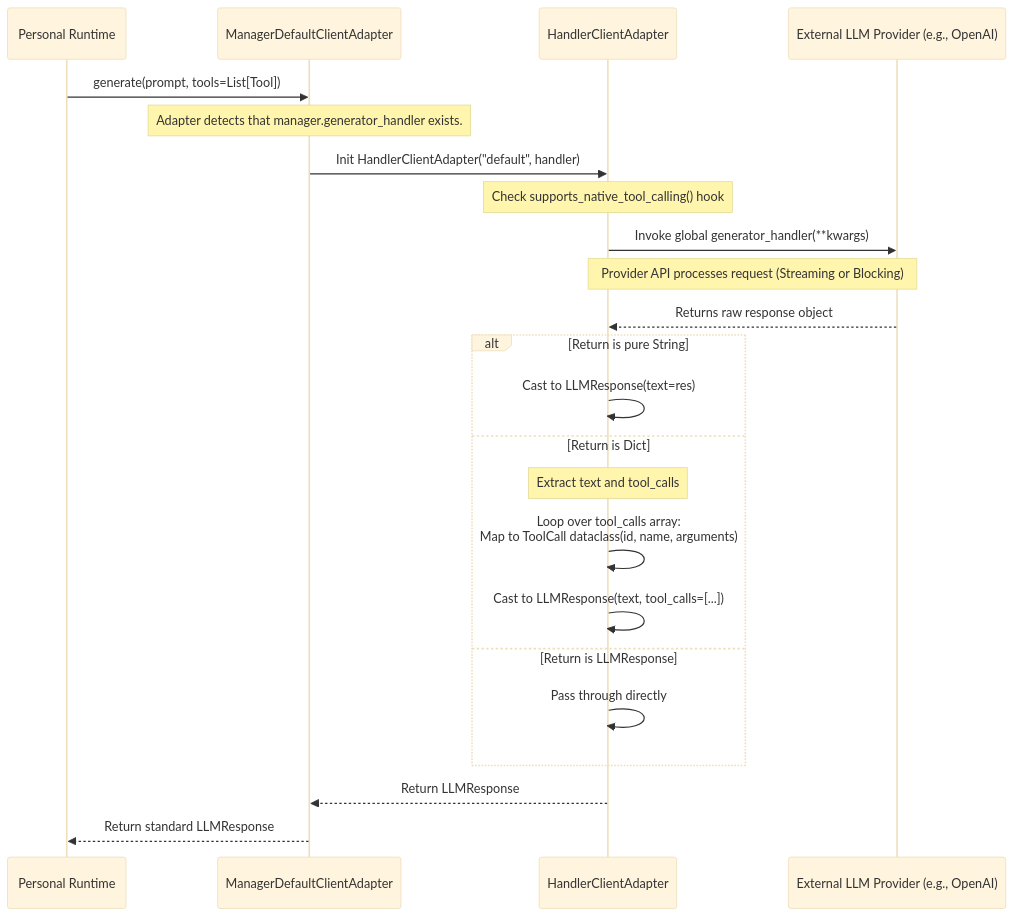
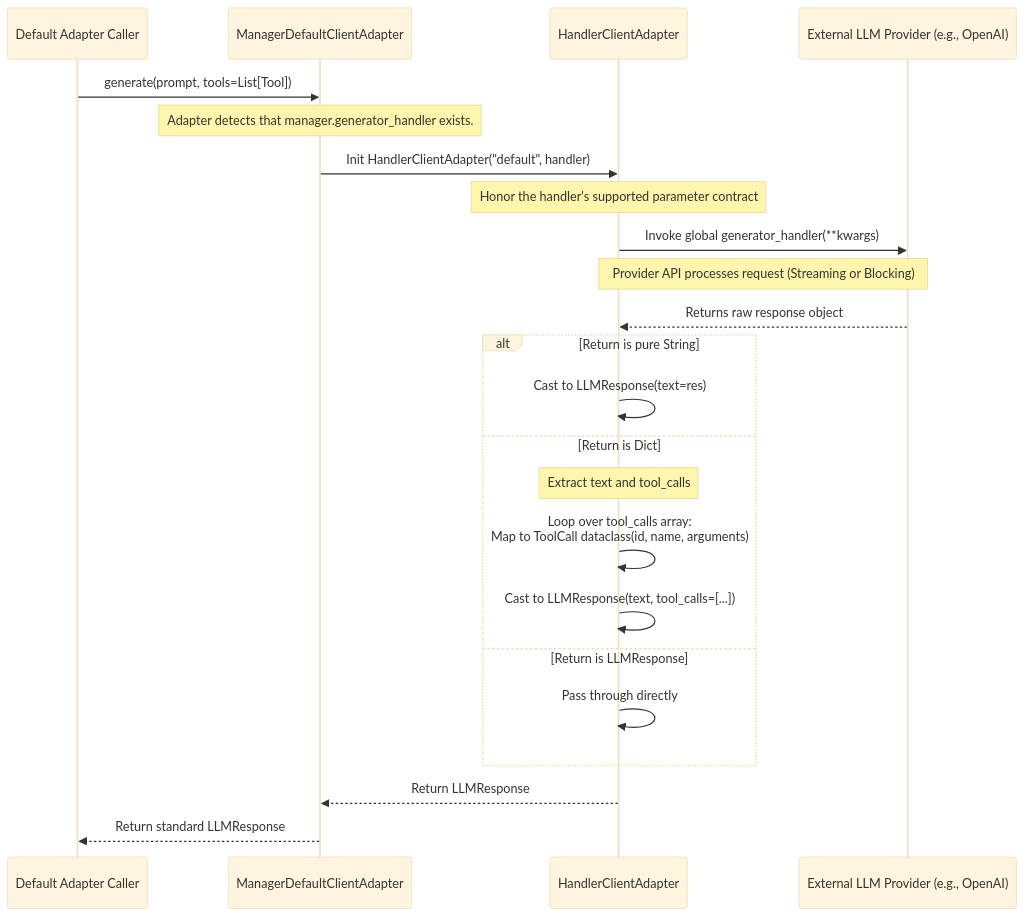
One commit to AI-Team-Team/AI-Team-Team changed the first of 3 diagrams in docs/flowcharts/Tooling_and_Execution.md. Above: the diagram before and after it, drawn with Mermaid (base theme). The commit also changed other lines of this file and 113 other files, not shown here.

````diff
--- a/docs/flowcharts/Tooling_and_Execution.md
+++ b/docs/flowcharts/Tooling_and_Execution.md
@@ -9,33 +11,33 @@
 ```mermaid
 sequenceDiagram
-    participant Agent as Personal Runtime
+    participant Agent as Default Adapter Caller
     participant Adapter as ManagerDefaultClientAdapter
     participant Handler as HandlerClientAdapter
     participant Provider as External LLM Provider (e.g., OpenAI)
 
     Agent->>Adapter: generate(prompt, tools=List[Tool])
     
     Note over Adapter: Adapter detects that manager.generator_handler exists.
     Adapter->>Handler: Init HandlerClientAdapter("default", handler)
     
-    Note over Handler: Check supports_native_tool_calling() hook
+    Note over Handler: Honor the handler's supported parameter contract
     
     Handler->>Provider: Invoke global generator_handler(**kwargs)
     
     Note over Provider,Handler: Provider API processes request (Streaming or Blocking)
     
     Provider-->>Handler: Returns raw response object
     
     alt Return is pure String
         Handler->>Handler: Cast to LLMResponse(text=res)
     else Return is Dict
         Note over Handler: Extract text and tool_calls
         Handler->>Handler: Loop over tool_calls array:<br/>Map to ToolCall dataclass(id, name, arguments)
         Handler->>Handler: Cast to LLMResponse(text, tool_calls=[...])
     else Return is LLMResponse
         Handler->>Handler: Pass through directly
     end
     
     Handler-->>Adapter: Return LLMResponse
     Adapter-->>Agent: Return standard LLMResponse
 ```
````
